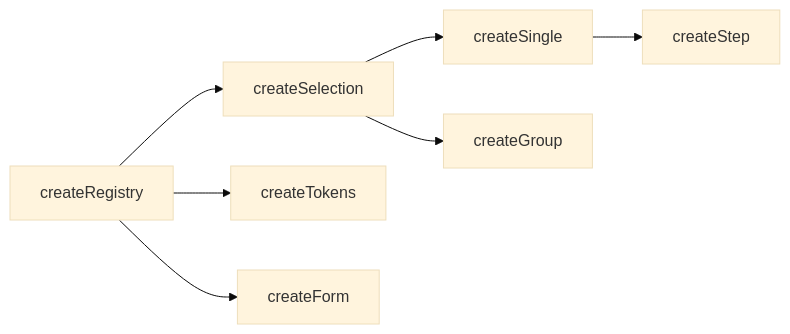
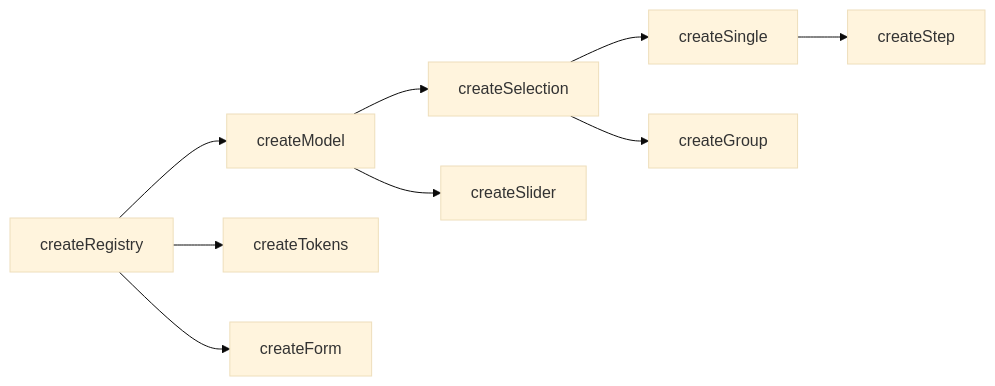
The second of 4 diagrams in apps/docs/src/pages/guide/fundamentals/core.md (vuetifyjs/0), drawn with Mermaid (base theme) before and after one commit. The commit also changed other lines of this file, not shown here.

Commit message:
docs(core): add createModel and createSlider to extension chain diagram

````diff
--- a/apps/docs/src/pages/guide/fundamentals/core.md
+++ b/apps/docs/src/pages/guide/fundamentals/core.md
@@ -140,9 +140,11 @@
 ```mermaid "Extension Chain"
 flowchart LR
-    R[createRegistry] --> S[createSelection]
+    R[createRegistry] --> M[createModel]
+    M --> S[createSelection]
+    M --> Sl[createSlider]
     R --> T[createTokens]
     R --> F[createForm]
     S --> Si[createSingle]
     S --> G[createGroup]
     Si --> St[createStep]
 ```
````
